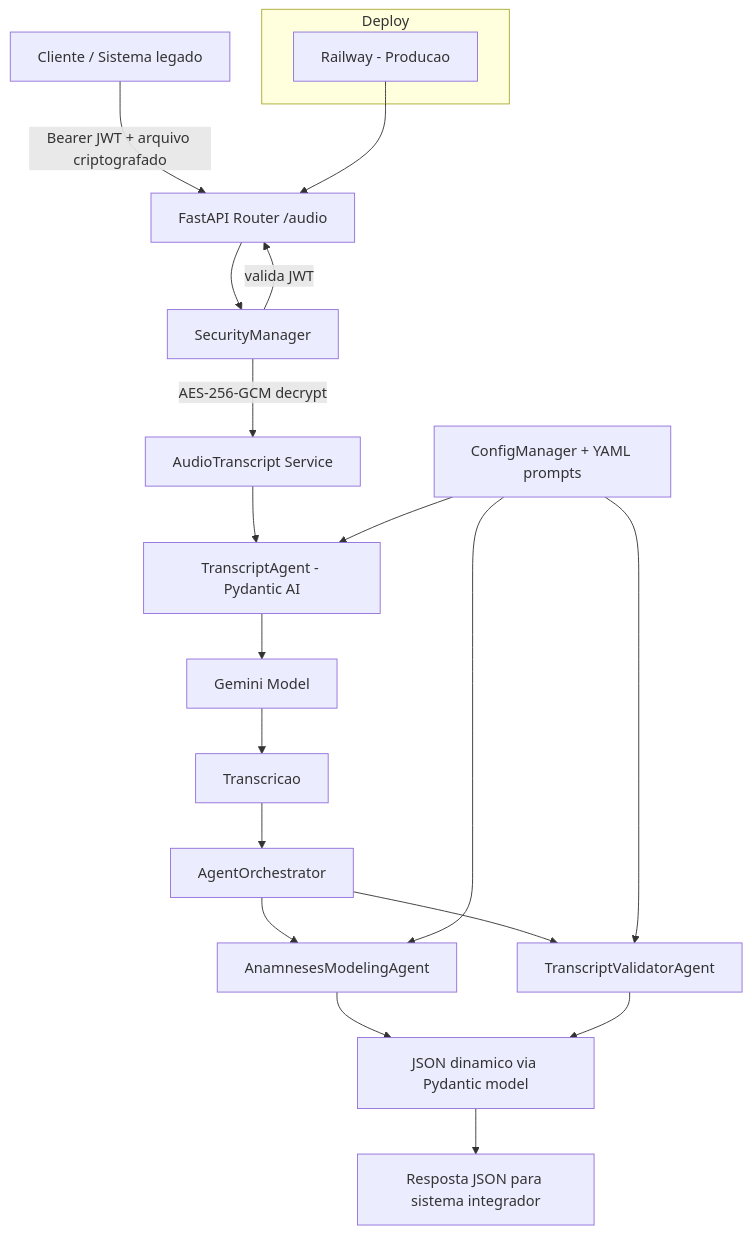
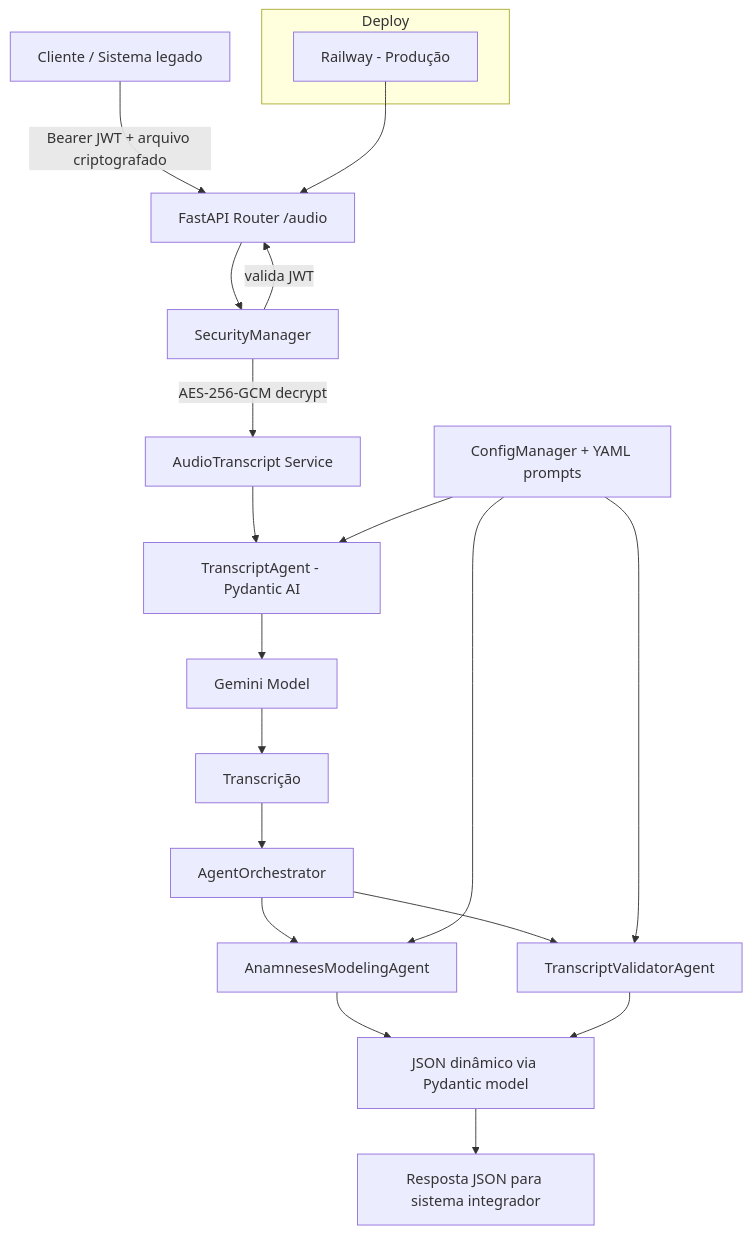
Before and after one commit to VitorMRCNeves/Medical-Anamnese-API: the diagram in README.md, drawn with Mermaid. The commit also changed other lines of this file, not shown here.

````diff
--- a/README.md
+++ b/README.md
@@ -29,26 +29,26 @@
 ```mermaid
 flowchart TD
     A[Cliente / Sistema legado] -->|Bearer JWT + arquivo criptografado| B[FastAPI Router /audio]
     B --> C[SecurityManager]
     C -->|valida JWT| B
     C -->|AES-256-GCM decrypt| D[AudioTranscript Service]
     D --> E[TranscriptAgent - Pydantic AI]
     E --> F[Gemini Model]
-    F --> G[Transcricao]
+    F --> G[Transcrição]
     G --> H[AgentOrchestrator]
     H --> I[AnamnesesModelingAgent]
     H --> J[TranscriptValidatorAgent]
-    I --> K[JSON dinamico via Pydantic model]
+    I --> K[JSON dinâmico via Pydantic model]
     J --> K
     K --> L[Resposta JSON para sistema integrador]
 
     M[ConfigManager + YAML prompts] --> E
     M --> I
     M --> J
 
     subgraph Deploy
-        N[Railway - Producao]
+        N[Railway - Produção]
     end
 
     N --> B
 ```
````
